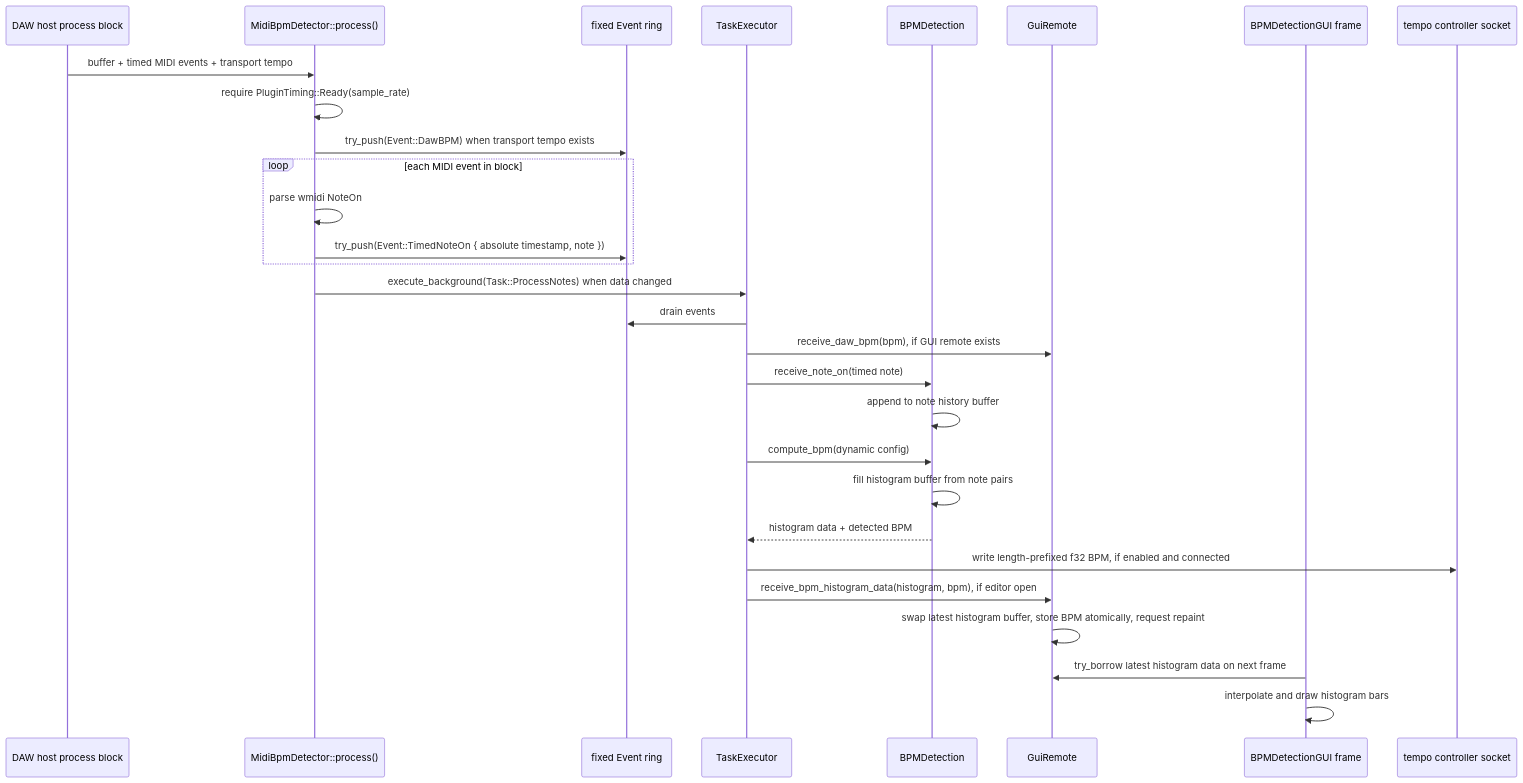
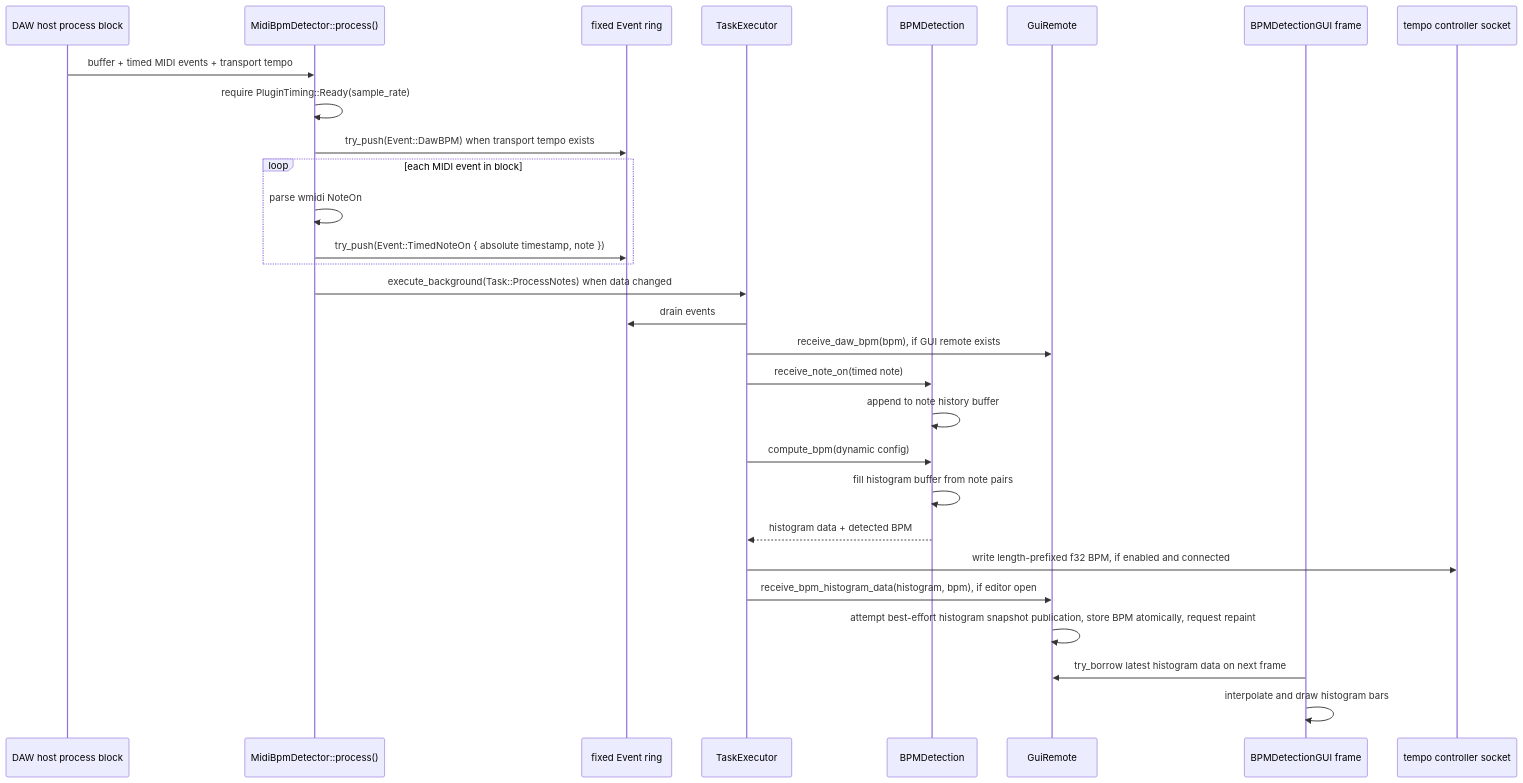
One commit to valsteen/midi_bpm_detection changed the fourth of 11 diagrams in docs/runtime-lifecycle.md. Above: the diagram before and after it, drawn with Mermaid. The commit also changed other lines of this file and 4 other files, not shown here.

Commit message:
Clarify best-effort GUI histogram snapshot publishing

````diff
--- a/docs/runtime-lifecycle.md
+++ b/docs/runtime-lifecycle.md
@@ -138,32 +138,32 @@
 ```mermaid
 sequenceDiagram
     participant Host as DAW host process block
     participant Process as MidiBpmDetector::process()
     participant Ring as fixed Event ring
     participant Exec as TaskExecutor
     participant Model as BPMDetection
     participant Gui as GuiRemote
     participant Ui as BPMDetectionGUI frame
     participant Bridge as tempo controller socket
 
     Host->>Process: buffer + timed MIDI events + transport tempo
     Process->>Process: require PluginTiming::Ready(sample_rate)
     Process->>Ring: try_push(Event::DawBPM) when transport tempo exists
     loop each MIDI event in block
         Process->>Process: parse wmidi NoteOn
         Process->>Ring: try_push(Event::TimedNoteOn { absolute timestamp, note })
     end
     Process->>Exec: execute_background(Task::ProcessNotes) when data changed
     Exec->>Ring: drain events
     Exec->>Gui: receive_daw_bpm(bpm), if GUI remote exists
     Exec->>Model: receive_note_on(timed note)
     Model->>Model: append to note history buffer
     Exec->>Model: compute_bpm(dynamic config)
     Model->>Model: fill histogram buffer from note pairs
     Model-->>Exec: histogram data + detected BPM
     Exec->>Bridge: write length-prefixed f32 BPM, if enabled and connected
     Exec->>Gui: receive_bpm_histogram_data(histogram, bpm), if editor open
-    Gui->>Gui: swap latest histogram buffer, store BPM atomically, request repaint
+    Gui->>Gui: attempt best-effort histogram snapshot publication, store BPM atomically, request repaint
     Ui->>Gui: try_borrow latest histogram data on next frame
     Ui->>Ui: interpolate and draw histogram bars
 ```
````
